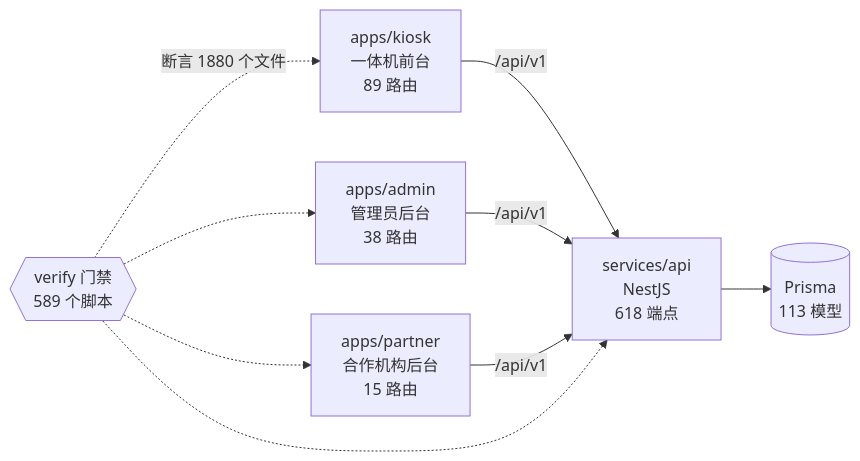
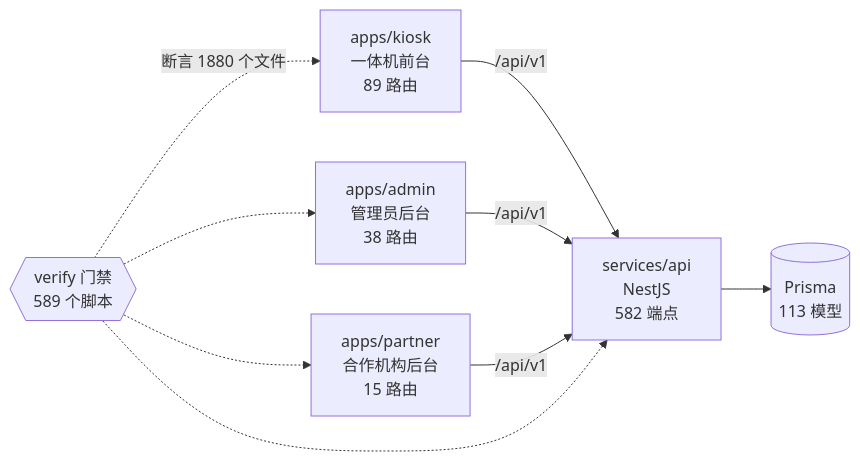
The diagram in docs/graph/README.md (wanglei581/YITIJI), drawn with Mermaid before and after one commit. The commit also changed other lines of this file and 2 other files, not shown here.

Commit message:
chore(graph): 并候选后重生图谱

````diff
--- a/docs/graph/README.md
+++ b/docs/graph/README.md
@@ -68,18 +68,18 @@
 ```mermaid
 flowchart LR
   kiosk["apps/kiosk<br/>一体机前台<br/>89 路由"]
   admin["apps/admin<br/>管理员后台<br/>38 路由"]
   partner["apps/partner<br/>合作机构后台<br/>15 路由"]
-  api["services/api<br/>NestJS<br/>618 端点"]
+  api["services/api<br/>NestJS<br/>582 端点"]
   db[("Prisma<br/>113 模型")]
   gates{{"verify 门禁<br/>589 个脚本"}}
 
   kiosk -->|"/api/v1"| api
   admin -->|"/api/v1"| api
   partner -->|"/api/v1"| api
   api --> db
   gates -.->|"断言 1880 个文件"| kiosk
   gates -.-> admin
   gates -.-> partner
   gates -.-> api
 ```
````
